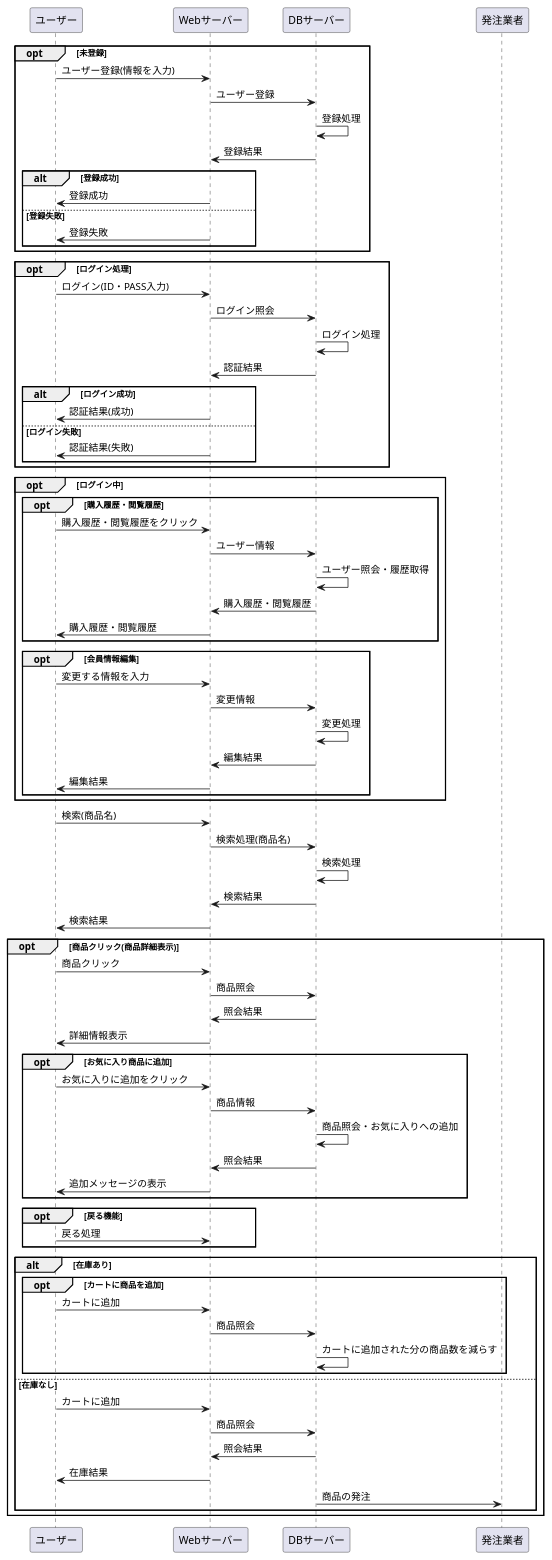
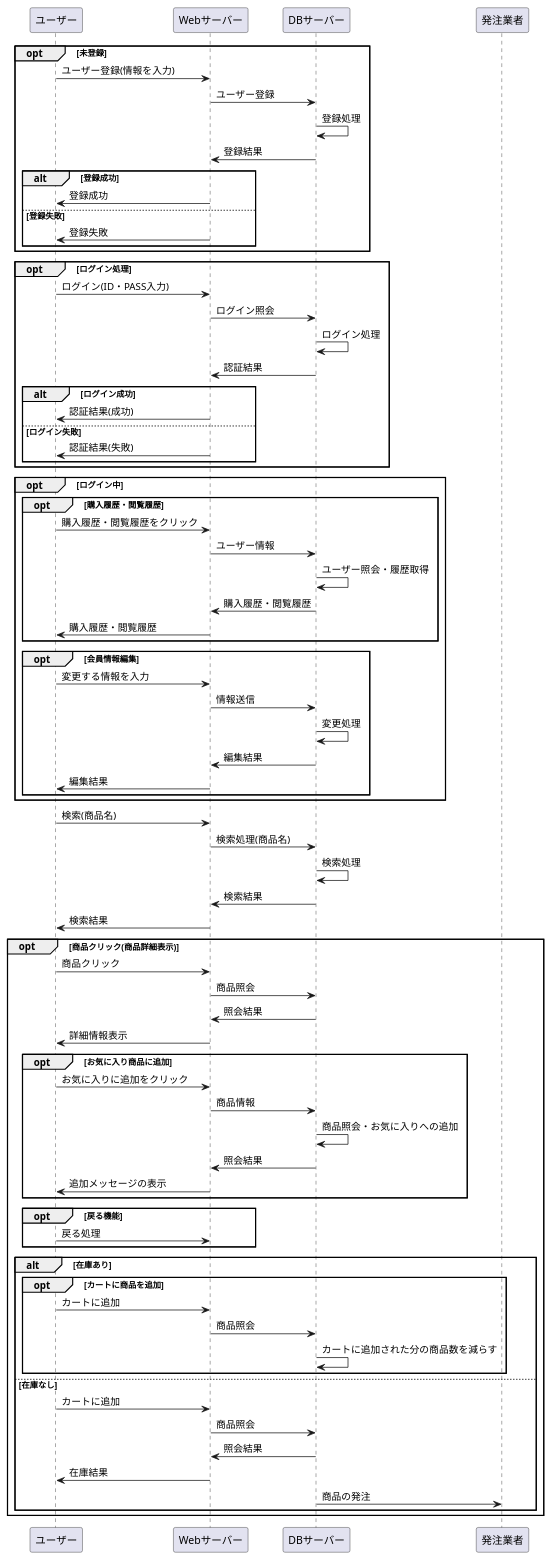
Before and after one commit to Aso2001163/2021sys-design-2: the diagram in システム開発/業務フロー/業務フロー.md, drawn with PlantUML.

```diff
--- a/システム開発/業務フロー/業務フロー.md
+++ b/システム開発/業務フロー/業務フロー.md
@@ -39,7 +39,7 @@
 
 opt 会員情報編集
 ユーザー -> Webサーバー : 変更する情報を入力
-Webサーバー -> DBサーバー :変更情報
+Webサーバー -> DBサーバー :情報送信
 DBサーバー -> DBサーバー : 変更処理
 DBサーバー -> Webサーバー : 編集結果
 Webサーバー -> ユーザー : 編集結果
```
